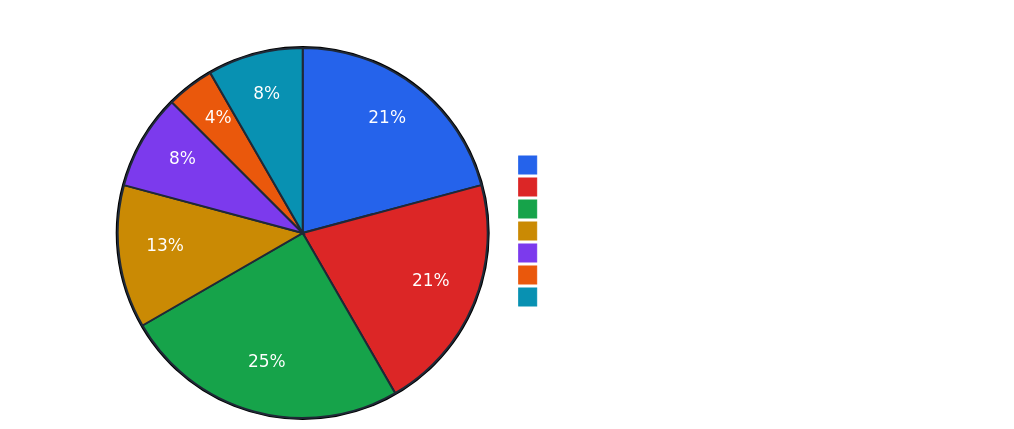
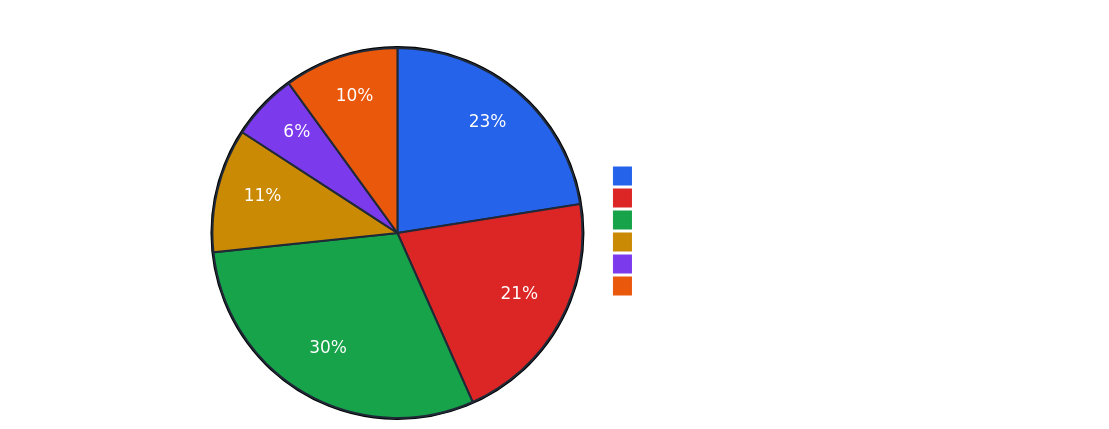
Before and after one commit to fabioramos-02/tradeoff-analytics: the third of 3 diagrams in docs/03-criterios-de-avaliacao.md, drawn with Mermaid. The commit also changed other lines of this file and 12 other files, not shown here.

Commit message:
docs: initialize analytics platform study repository with decision criteria, roadmap, and comparative analysis documents.

````diff
--- a/docs/03-criterios-de-avaliacao.md
+++ b/docs/03-criterios-de-avaliacao.md
@@ -210,31 +216,30 @@
 ```mermaid
 %%{init: {
   "theme": "base",
   "themeVariables": {
     "pie1": "#2563EB",
     "pie2": "#DC2626",
     "pie3": "#16A34A",
     "pie4": "#CA8A04",
     "pie5": "#7C3AED",
     "pie6": "#EA580C",
     "pie7": "#0891B2",
     "pieStrokeColor": "#1F2937",
     "pieStrokeWidth": "2px",
     "pieOuterStrokeWidth": "2px",
     "pieOpacity": "1",
     "pieLegendTextColor": "#FFFFFF",
     "pieTitleTextColor": "#FFFFFF",
     "pieSectionTextColor": "#FFFFFF"
   }
 }}%%
 
 pie showData
-    title Distribuição dos pesos por natureza do critério
-    "Conformidade (LGPD + Segurança)" : 25
+    title Distribuição dos pesos por natureza do critério (revisão 2026)
+    "Conformidade (LGPD + Segurança)" : 27
     "Governança (Controle + Independência)" : 25
-    "Técnico (APIs + Integrações + Escalabilidade)" : 30
-    "Econômico (TCO)" : 15
-    "Funcional (Recursos analíticos)" : 10
-    "Operacional (Operação)" : 5
-    "Sustentabilidade (Comunidade + Documentação)" : 10
+    "Técnico (APIs + Integrações + Escalabilidade)" : 36
+    "Funcional (Recursos analíticos)" : 13
+    "Operacional (Operação)" : 7
+    "Sustentabilidade (Comunidade + Documentação)" : 12
 ```
````
